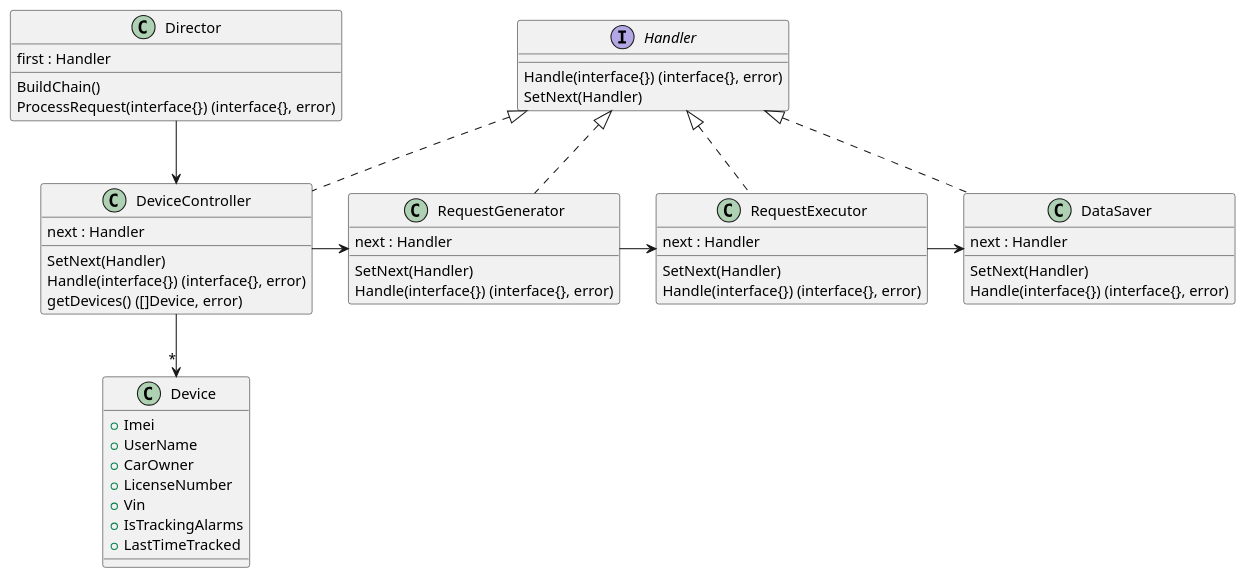
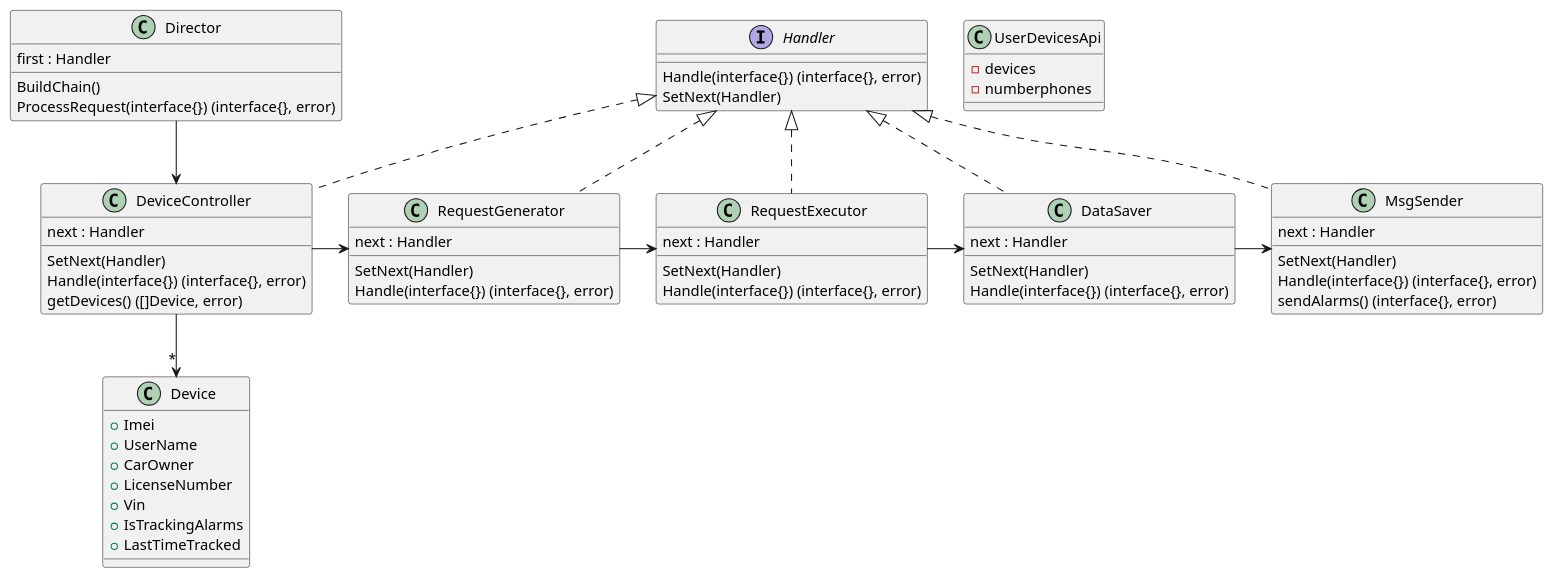
One commit to indrod-group/get_device_alarms changed the diagram in docs/design.puml. Above: the diagram before and after it, drawn with PlantUML.

Commit message:
docs: update uml diagram

```diff
--- a/docs/design.puml
+++ b/docs/design.puml
@@ -1,55 +1,68 @@
 @startuml design
 
 interface Handler {
     Handle(interface{}) (interface{}, error)
     SetNext(Handler)
 }
 
 class DeviceController implements Handler {
     next : Handler
     SetNext(Handler)
     Handle(interface{}) (interface{}, error)
     getDevices() ([]Device, error)
 }
 class Device {
     + Imei
 	+ UserName
 	+ CarOwner
 	+ LicenseNumber
 	+ Vin
 	+ IsTrackingAlarms
 	+ LastTimeTracked
 }
 
 DeviceController -down-> "*" Device
 
 class RequestGenerator implements Handler {
     next : Handler
     SetNext(Handler)
     Handle(interface{}) (interface{}, error)
 }
 
 class RequestExecutor implements Handler {
     next : Handler
     SetNext(Handler)
     Handle(interface{}) (interface{}, error)
 }
 
 class DataSaver implements Handler {
     next : Handler
     SetNext(Handler)
     Handle(interface{}) (interface{}, error)
 }
 
+class UserDevicesApi {
+    - devices
+    - numberphones
+}
+
+class MsgSender implements Handler {
+    next : Handler
+    SetNext(Handler)
+    Handle(interface{}) (interface{}, error)
+    sendAlarms() (interface{}, error)
+}
+
 class Director {
     first : Handler
     BuildChain()
     ProcessRequest(interface{}) (interface{}, error)
 }
 
 DeviceController -right-> RequestGenerator
 RequestGenerator -right-> RequestExecutor
 RequestExecutor -right-> DataSaver
+DataSaver -right-> MsgSender
 Director -down-> DeviceController
 
 @enduml
```
